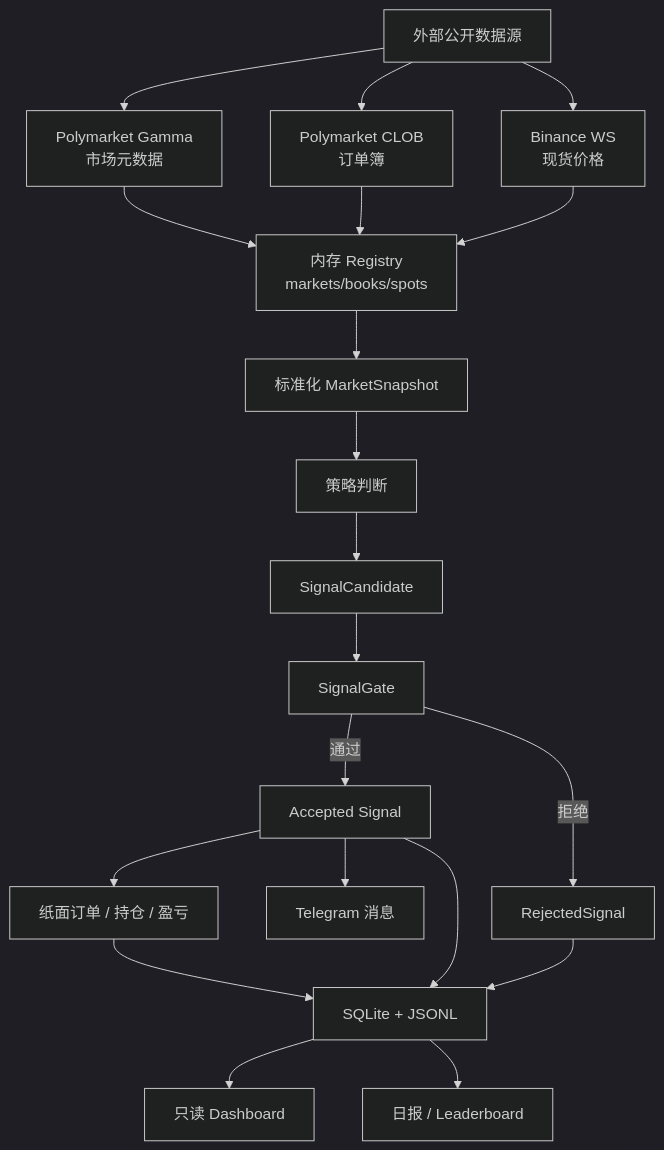
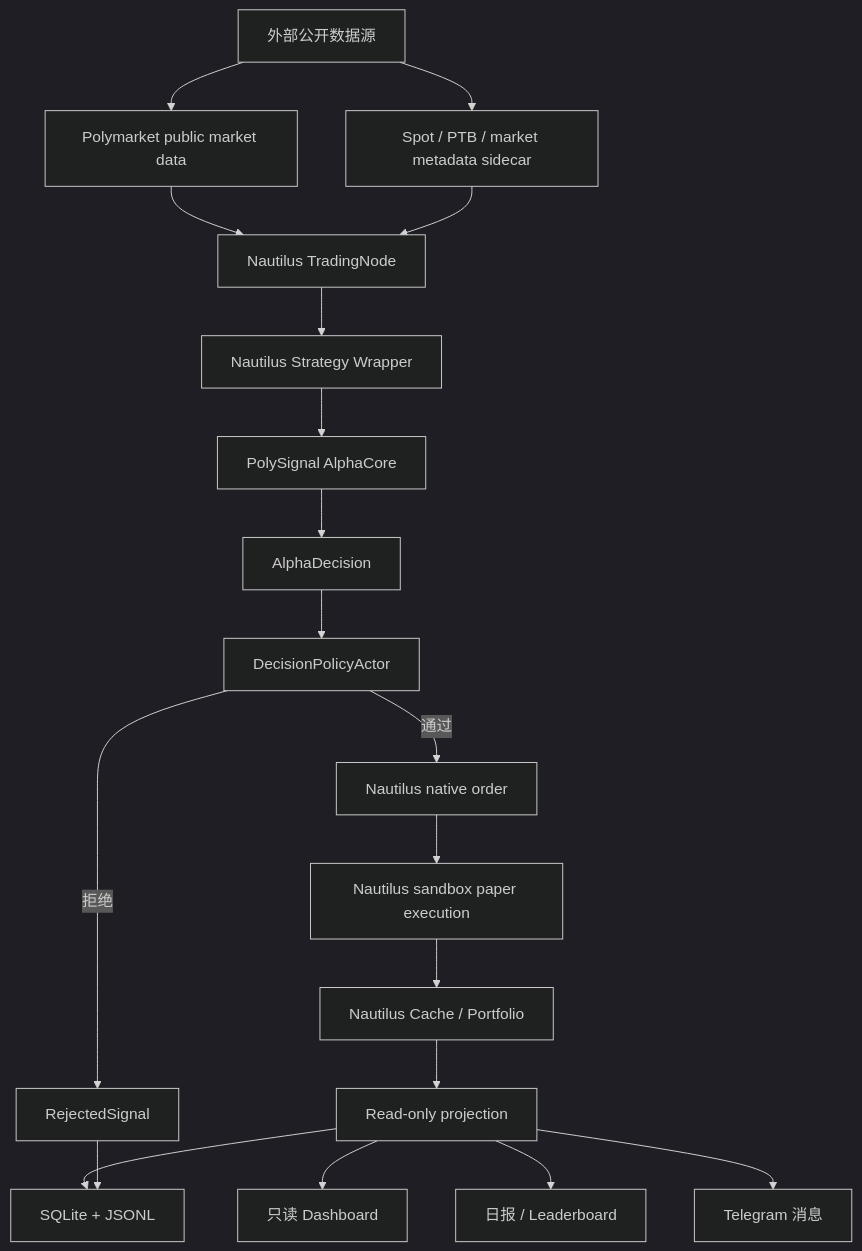
Before and after one commit to 6Kmfi6HP/polysignal-lab: the fourth of 7 diagrams in docs/PROJECT_ARCHITECTURE_VISUAL.md, drawn with Mermaid (dark theme). The commit also changed other lines of this file and 3 other files, not shown here.

Commit message:
docs: align external docs with nautilus runtime

````diff
--- a/docs/PROJECT_ARCHITECTURE_VISUAL.md
+++ b/docs/PROJECT_ARCHITECTURE_VISUAL.md
@@ -105,27 +100,26 @@
 ```mermaid
 flowchart TD
-  External["外部公开数据源"] --> A["Polymarket Gamma<br/>市场元数据"]
-  External --> B["Polymarket CLOB<br/>订单簿"]
-  External --> C["Binance WS<br/>现货价格"]
+  External["外部公开数据源"] --> PM["Polymarket public market data"]
+  External --> Spot["Spot / PTB / market metadata sidecar"]
 
-  A --> Registry["内存 Registry<br/>markets/books/spots"]
-  B --> Registry
-  C --> Registry
+  PM --> TN["Nautilus TradingNode"]
+  Spot --> TN
 
-  Registry --> Snapshot["标准化 MarketSnapshot"]
-  Snapshot --> Strategy["策略判断"]
-  Strategy --> Candidate["SignalCandidate"]
-  Candidate --> Gate["SignalGate"]
+  TN --> Wrapper["Nautilus Strategy Wrapper"]
+  Wrapper --> Core["PolySignal AlphaCore"]
+  Core --> Decision["AlphaDecision"]
+  Decision --> Policy["DecisionPolicyActor"]
 
-  Gate -->|通过| Signal["Accepted Signal"]
-  Gate -->|拒绝| Rejected["RejectedSignal"]
+  Policy -->|通过| Order["Nautilus native order"]
+  Policy -->|拒绝| Rejected["RejectedSignal"]
 
-  Signal --> Paper["纸面订单 / 持仓 / 盈亏"]
-  Signal --> Telegram["Telegram 消息"]
-  Signal --> Audit["SQLite + JSONL"]
+  Order --> Sandbox["Nautilus sandbox paper execution"]
+  Sandbox --> Cache["Nautilus Cache / Portfolio"]
+  Cache --> Projection["Read-only projection"]
+
+  Projection --> Audit["SQLite + JSONL"]
   Rejected --> Audit
-  Paper --> Audit
-
-  Audit --> Dashboard["只读 Dashboard"]
-  Audit --> Report["日报 / Leaderboard"]
+  Projection --> Dashboard["只读 Dashboard"]
+  Projection --> Report["日报 / Leaderboard"]
+  Projection --> Telegram["Telegram 消息"]
 ```
````
